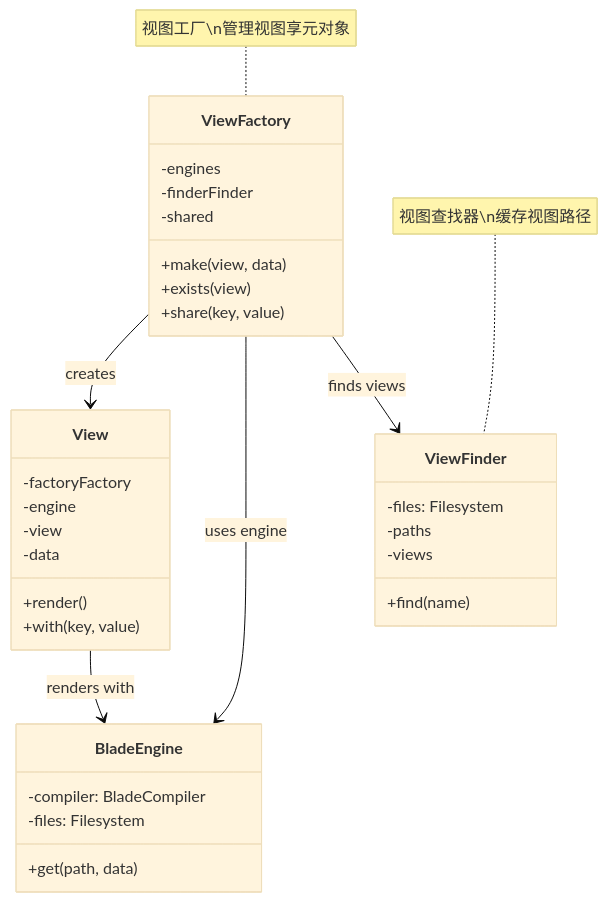
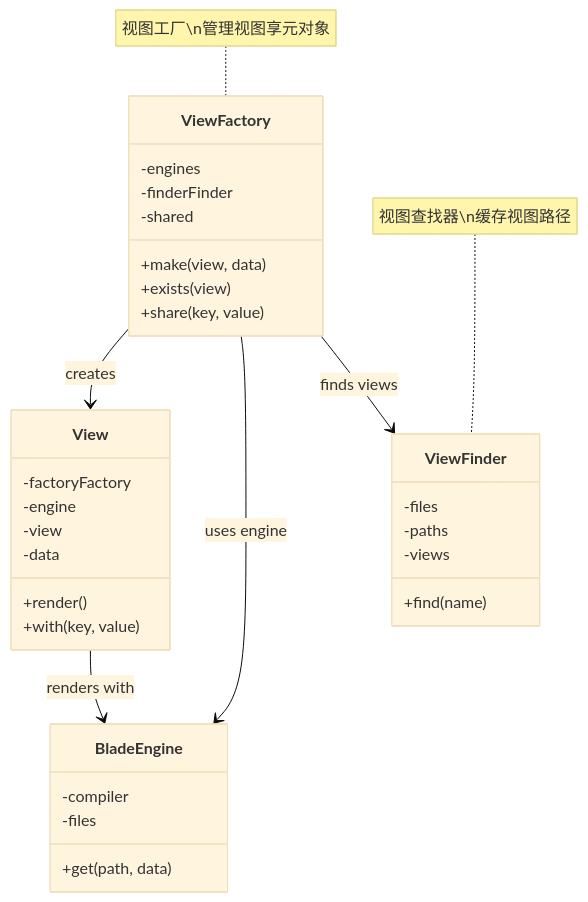
The fourth of 4 diagrams in resources/design-patterns/laravel/structural/flyweight_zh.md (fanly/DesignPattern), drawn with Mermaid (base theme) before and after one commit. The commit also changed other lines of this file and 17 other files, not shown here.

````diff
--- a/resources/design-patterns/laravel/structural/flyweight_zh.md
+++ b/resources/design-patterns/laravel/structural/flyweight_zh.md
@@ -116,41 +106,41 @@
 ```mermaid
 classDiagram
     class ViewFactory {
         -engines
         -finderFinder
         -shared
         +make(view, data)
         +exists(view)
         +share(key, value)
     }
     
     class View {
         -factoryFactory
         -engine
         -view
         -data
         +render()
         +with(key, value)
     }
     
     class BladeEngine {
-        -compiler: BladeCompiler
-        -files: Filesystem
+        -compiler
+        -files
         +get(path, data)
     }
     
     class ViewFinder {
-        -files: Filesystem
+        -files
         -paths
         -views
         +find(name)
     }
     
     ViewFactory --> ViewFinder : finds views
     ViewFactory --> BladeEngine : uses engine
     ViewFactory --> View : creates
     View --> BladeEngine : renders with
     
     note for ViewFactory "视图工厂\n管理视图享元对象"
     note for ViewFinder "视图查找器\n缓存视图路径"
 ```
````
